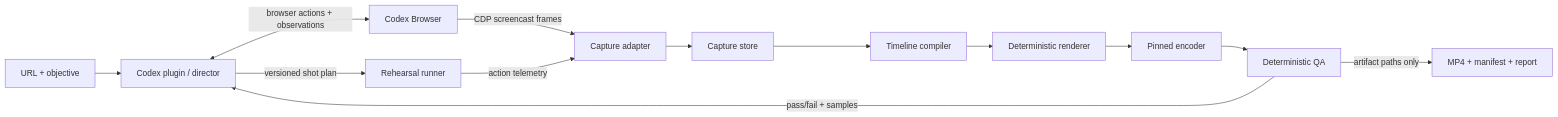
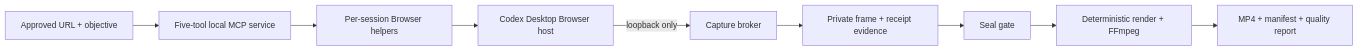
The diagram in docs/architecture.md (daniel-p-green/recordly-codex), drawn with Mermaid before and after one commit. The commit also changed other lines of this file and 45 other files, not shown here.

````diff
--- a/docs/architecture.md
+++ b/docs/architecture.md
@@ -25,15 +7,11 @@
 ```mermaid
 flowchart LR
-  U["URL + objective"] --> P["Codex plugin / director"]
-  P <-->|"browser actions + observations"| B["Codex Browser"]
-  B -->|"CDP screencast frames"| C["Capture adapter"]
-  P -->|"versioned shot plan"| R["Rehearsal runner"]
-  R -->|"action telemetry"| C
-  C --> S["Capture store"]
-  S --> T["Timeline compiler"]
-  T --> V["Deterministic renderer"]
-  V --> E["Pinned encoder"]
-  E --> Q["Deterministic QA"]
-  Q -->|"pass/fail + samples"| P
-  Q -->|"artifact paths only"| O["MP4 + manifest + report"]
+  I["Approved URL + objective"] --> M["Five-tool local MCP service"]
+  M --> H["Per-session Browser helpers"]
+  H --> B["Codex Desktop Browser host"]
+  B -->|"loopback only"| C["Capture broker"]
+  C --> E["Private frame + receipt evidence"]
+  E --> S["Seal gate"]
+  S --> R["Deterministic render + FFmpeg"]
+  R --> D["MP4 + manifest + quality report"]
 ```
````
